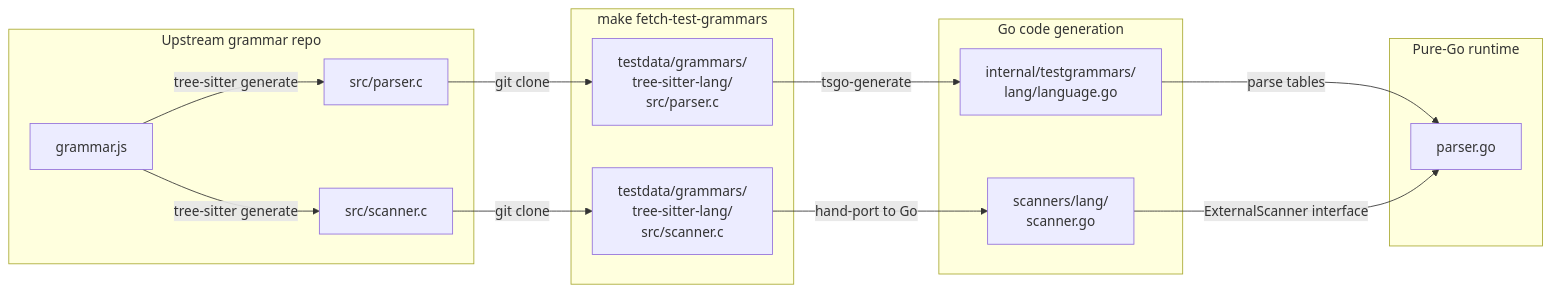
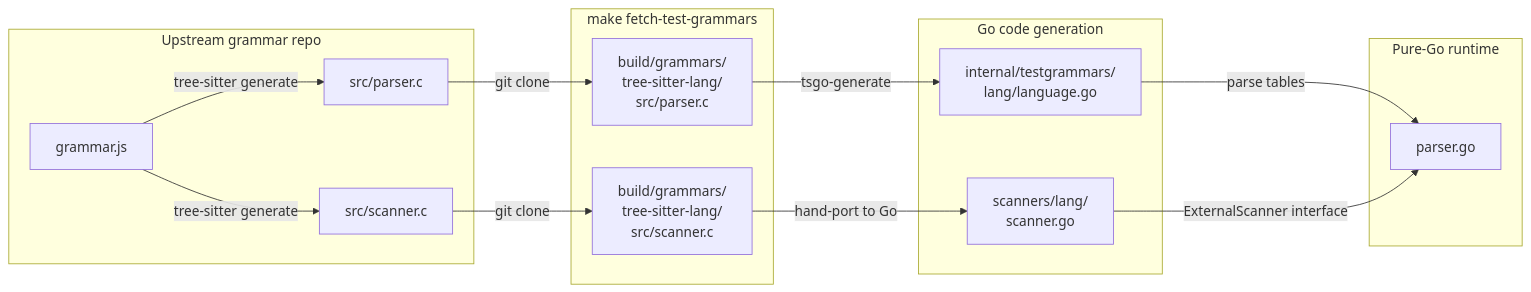
Before and after one commit to dcosson/treesitter-go: the diagram in README.md, drawn with Mermaid. The commit also changed other lines of this file and 14 other files, not shown here.

First line of the commit message:
refactor: move grammars and binaries into build/ directory

````diff
--- a/README.md
+++ b/README.md
@@ -100,22 +100,22 @@
 ```mermaid
 flowchart LR
     subgraph Upstream ["Upstream grammar repo"]
         GJS[grammar.js] -->|tree-sitter generate| PC[src/parser.c]
         GJS -->|tree-sitter generate| SC[src/scanner.c]
     end
 
     subgraph Fetch ["make fetch-test-grammars"]
-        PC -->|git clone| LOCAL_PC[testdata/grammars/\ntree-sitter-lang/\nsrc/parser.c]
-        SC -->|git clone| LOCAL_SC[testdata/grammars/\ntree-sitter-lang/\nsrc/scanner.c]
+        PC -->|git clone| LOCAL_PC[build/grammars/\ntree-sitter-lang/\nsrc/parser.c]
+        SC -->|git clone| LOCAL_SC[build/grammars/\ntree-sitter-lang/\nsrc/scanner.c]
     end
 
     subgraph Generate ["Go code generation"]
         LOCAL_PC -->|tsgo-generate| LGO[internal/testgrammars/\nlang/language.go]
         LOCAL_SC -->|hand-port to Go| SGO[scanners/lang/\nscanner.go]
     end
 
     subgraph Runtime ["Pure-Go runtime"]
         LGO -->|parse tables| PARSER[parser.go]
         SGO -->|ExternalScanner interface| PARSER
     end
 ```
````
